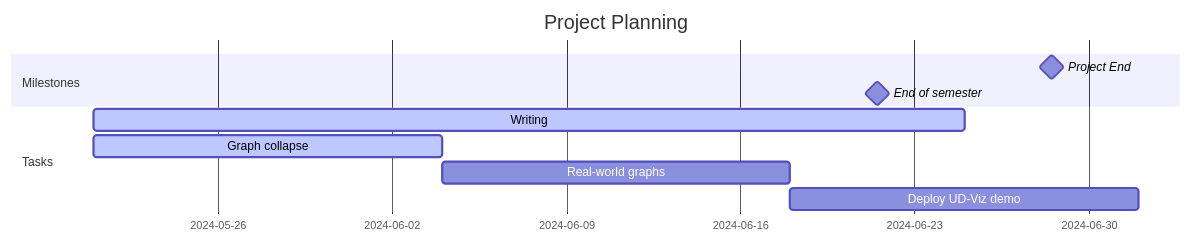
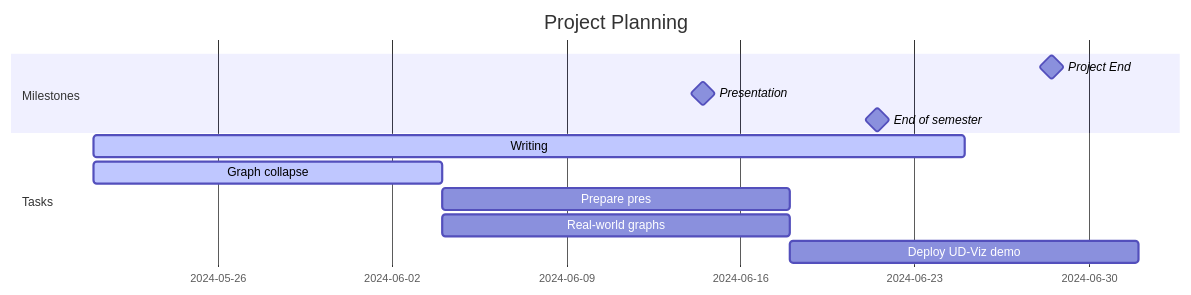
One commit to VCityTeam/UD-GraphVisualisations changed the diagram in proposal/proposal.md. Above: the diagram before and after it, drawn with Mermaid.

Commit message:
update calendar

````diff
--- a/proposal/proposal.md
+++ b/proposal/proposal.md
@@ -8,13 +8,15 @@
 ```mermaid
 gantt
     title Project Planning
     dateFormat  YYYY-MM-DD
     section Milestones
     Project End         :milestone, 2024-06-28, 1d
-    End of semester     :milestone, 2024-06-21, 1d 
+    Presentation        :milestone, 2024-06-14, 1d
+    End of semester     :milestone, 2024-06-21, 1d
     section Tasks
     Writing             :active, 2024-05-21, 5w
     Graph collapse      :active, t2, 2024-05-21, 2w
+    Prepare pres        :tp, after t2, 2w
     Real-world graphs   :t3, after t2, 2w
     Deploy UD-Viz demo  :t4, after t3, 2w
 ```
````
